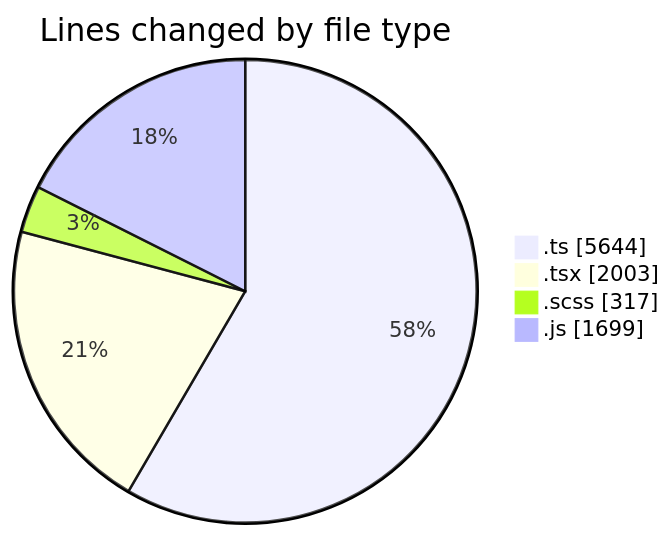
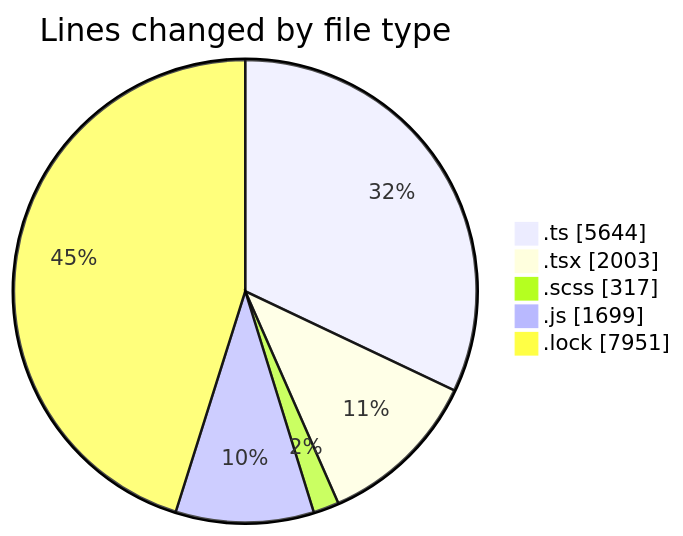
One commit to momahboobian/code-tracking changed the first of 2 diagrams in 2025-03-21/cda/README.md. Above: the diagram before and after it, drawn with Mermaid. The commit also changed other lines of this file and 1 other file, not shown here.

````diff
--- a/2025-03-21/cda/README.md
+++ b/2025-03-21/cda/README.md
@@ -40,8 +41,9 @@
 ```mermaid
 pie showData
 title Lines changed by file type
 ".ts" : 5644
 ".tsx" : 2003
 ".scss" : 317
 ".js" : 1699
+".lock" : 7951
 ```
````
